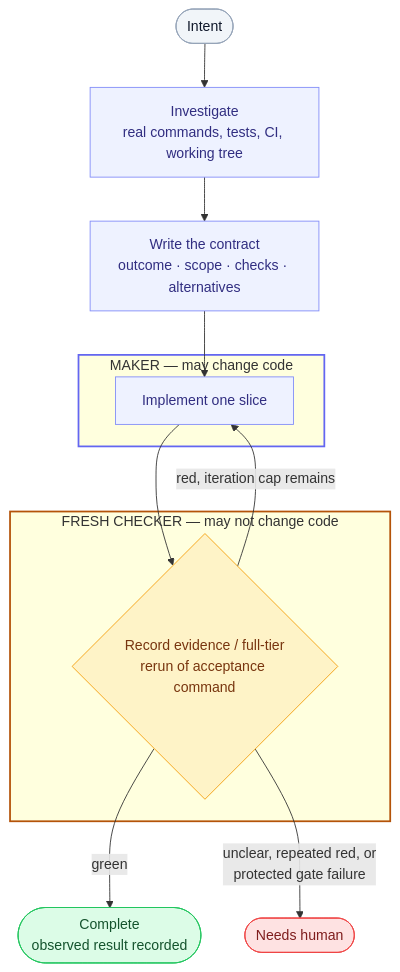
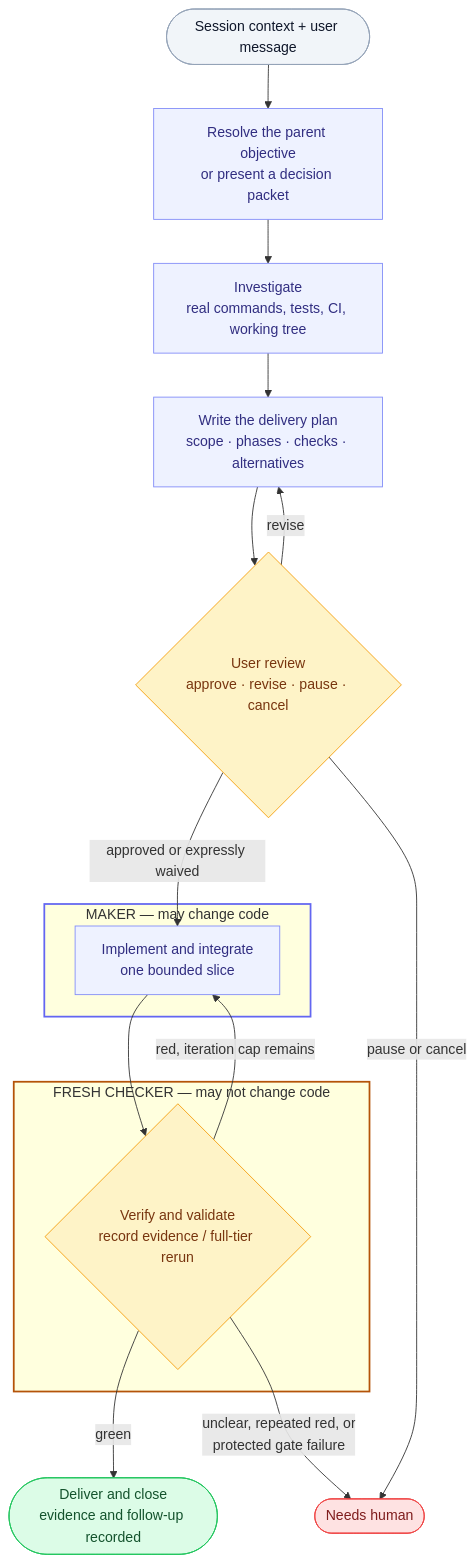
Before and after one commit to iliaim/writing-goals: the diagram in README.md, drawn with Mermaid. The commit also changed other lines of this file and 12 other files, not shown here.

Commit message:
feat: add reviewable delivery goal plans

````diff
--- a/README.md
+++ b/README.md
@@ -30,38 +30,42 @@
 ```mermaid
 flowchart TD
     accTitle: Goal execution loop
     accDescr {
-      Intent leads to investigation and a written contract. A maker implements one slice.
-      Lightweight work records the observed result; full-tier checking reruns the exact command.
-      Repeated red, unclear scope, or protected lifecycle failure needs a human.
+      Session context leads to goal resolution, investigation, and a reviewable delivery plan.
+      After user review, a maker implements bounded slices and checking records the evidence.
+      Verification and validation precede authorized delivery and closure.
     }
-    A(["Intent"]) --> B["Investigate<br/>real commands, tests, CI, working tree"]
-    B --> C["Write the contract<br/>outcome · scope · checks · alternatives"]
+    A(["Session context + user message"]) --> B["Resolve the parent objective<br/>or present a decision packet"]
+    B --> C["Investigate<br/>real commands, tests, CI, working tree"]
+    C --> D["Write the delivery plan<br/>scope · phases · checks · alternatives"]
+    D --> E{"User review<br/>approve · revise · pause · cancel"}
 
     subgraph maker ["MAKER — may change code"]
-        D["Implement one slice"]
+        F["Implement and integrate<br/>one bounded slice"]
     end
 
     subgraph checker ["FRESH CHECKER — may not change code"]
-    E{"Record evidence / full-tier<br/>rerun of acceptance command"}
+    G{"Verify and validate<br/>record evidence / full-tier rerun"}
     end
 
-    C --> D
-    D --> E
-    E -->|green| F(["Complete<br/>observed result recorded"])
-    E -->|"red, iteration cap remains"| D
-    E -->|"unclear, repeated red, or<br/>protected gate failure"| G(["Needs human"])
+    E -->|"approved or expressly waived"| F
+    E -->|revise| D
+    E -->|"pause or cancel"| I(["Needs human"])
+    F --> G
+    G -->|green| H(["Deliver and close<br/>evidence and follow-up recorded"])
+    G -->|"red, iteration cap remains"| F
+    G -->|"unclear, repeated red, or<br/>protected gate failure"| I
 
     style maker stroke:#6366f1,stroke-width:2px
     style checker stroke:#b45309,stroke-width:2px
     classDef entry fill:#f1f5f9,stroke:#94a3b8,color:#0f172a
     classDef step fill:#eef2ff,stroke:#818cf8,color:#312e81
     classDef check fill:#fef3c7,stroke:#f59e0b,color:#78350f
     classDef done fill:#dcfce7,stroke:#22c55e,color:#14532d
     classDef halt fill:#fee2e2,stroke:#ef4444,color:#7f1d1d
     class A entry
-    class B,C,D step
-    class E check
-    class F done
-    class G halt
+    class B,C,D,F step
+    class E,G check
+    class H done
+    class I halt
 ```
````
